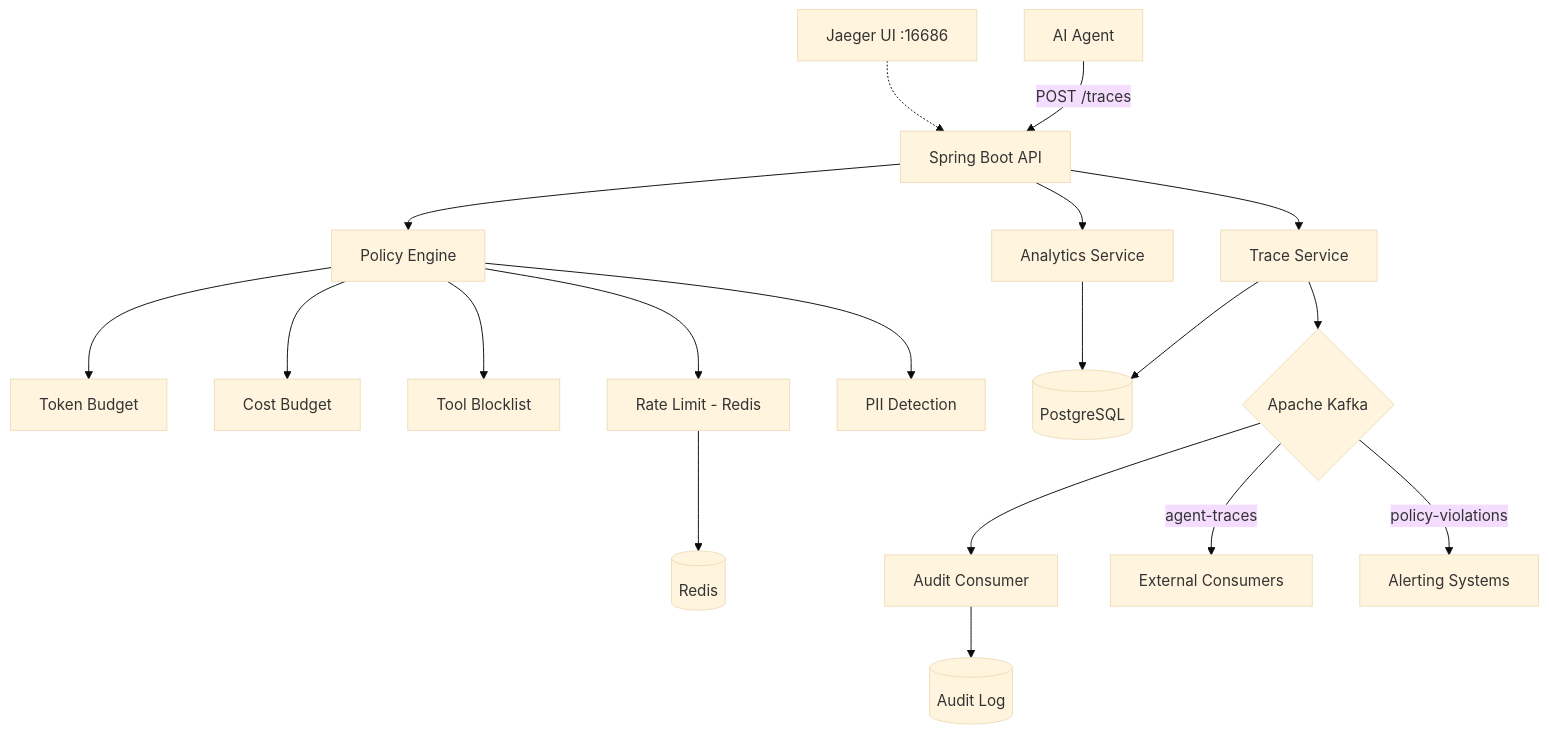
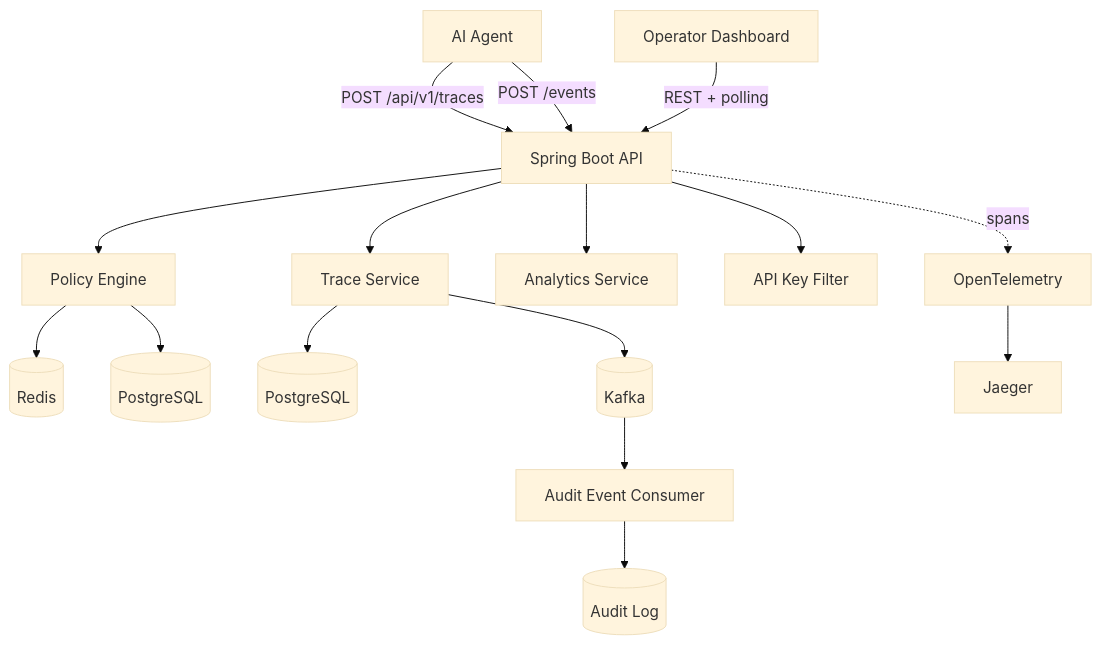
The diagram in README.md (ayushanandhere/AgentLens), drawn with Mermaid (base theme) before and after one commit. The commit also changed other lines of this file and 91 other files, not shown here.

````diff
--- a/README.md
+++ b/README.md
@@ -9,27 +21,22 @@
 ```mermaid
 graph TB
-    Agent[AI Agent] -->|POST /traces| API[Spring Boot API]
-    API --> TraceService[Trace Service]
-    API --> PolicyEngine[Policy Engine]
-    
-    PolicyEngine --> TokenBudget[Token Budget]
-    PolicyEngine --> CostBudget[Cost Budget]  
-    PolicyEngine --> ToolBlock[Tool Blocklist]
-    PolicyEngine --> RateLimit[Rate Limit - Redis]
-    PolicyEngine --> PII[PII Detection]
-    
-    TraceService --> Postgres[(PostgreSQL)]
-    TraceService --> Kafka{Apache Kafka}
-    RateLimit --> Redis[(Redis)]
-    
-    Kafka --> AuditConsumer[Audit Consumer]
-    AuditConsumer --> AuditLog[(Audit Log)]
-    
-    API --> Analytics[Analytics Service]
-    Analytics --> Postgres
-    
-    Kafka --> |agent-traces| External1[External Consumers]
-    Kafka --> |policy-violations| External2[Alerting Systems]
-    
-    Jaeger[Jaeger UI :16686] -.-> API
+    Agent["AI Agent"] -->|"POST /api/v1/traces"| API["Spring Boot API"]
+    Agent -->|"POST /events"| API
+    Operator["Operator Dashboard"] -->|"REST + polling"| API
+
+    API --> TraceService["Trace Service"]
+    API --> PolicyEngine["Policy Engine"]
+    API --> Analytics["Analytics Service"]
+    API --> Security["API Key Filter"]
+
+    PolicyEngine --> Redis[("Redis")]
+    PolicyEngine --> Violations[("PostgreSQL")]
+    TraceService --> Traces[("PostgreSQL")]
+    TraceService --> Kafka[("Kafka")]
+
+    Kafka --> AuditConsumer["Audit Event Consumer"]
+    AuditConsumer --> AuditLog[("Audit Log")]
+
+    API -. "spans" .-> OTel["OpenTelemetry"]
+    OTel --> Jaeger["Jaeger"]
 ```
````
